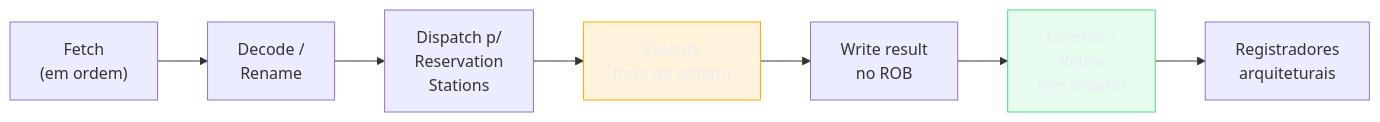
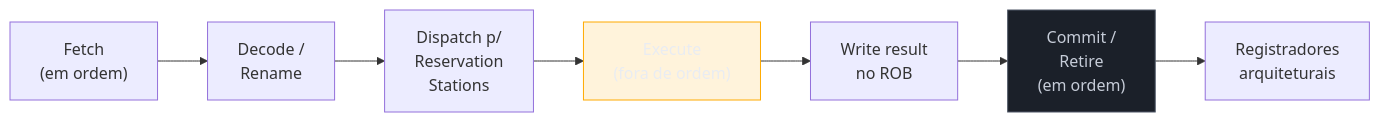
One commit to josenaldo/codex-technomanticus changed the first of 3 diagrams in 03-Dominios/Ciência/Organização de Computadores/13 - Execução fora de ordem e superescalar.md. Above: the diagram before and after it, drawn with Mermaid. The commit also changed 601 other files, not shown here.

````diff
--- a/03-Dominios/Ciência/Organização de Computadores/13 - Execução fora de ordem e superescalar.md
+++ b/03-Dominios/Ciência/Organização de Computadores/13 - Execução fora de ordem e superescalar.md
@@ -133,14 +133,14 @@
 ```mermaid
 flowchart LR
+    classDef neutro fill:#1B2029,stroke:#4E5666,color:#C6CCD8
     classDef destaque fill:#FFAA0024,stroke:#FFAA00,color:#E9ECF2
-    classDef ok fill:#4ADE8021,stroke:#4ADE80,color:#E9ECF2
     A["Fetch\n(em ordem)"] --> B["Decode /\nRename"]
     B --> C["Dispatch p/\nReservation\nStations"]
     C --> D["Execute\n(fora de ordem)"]
     D --> E["Write result\nno ROB"]
     E --> F["Commit /\nRetire\n(em ordem)"]
     F --> G["Registradores\narquiteturais"]
 
     class D destaque
-    class F ok
+    class F neutro
 ```
````
